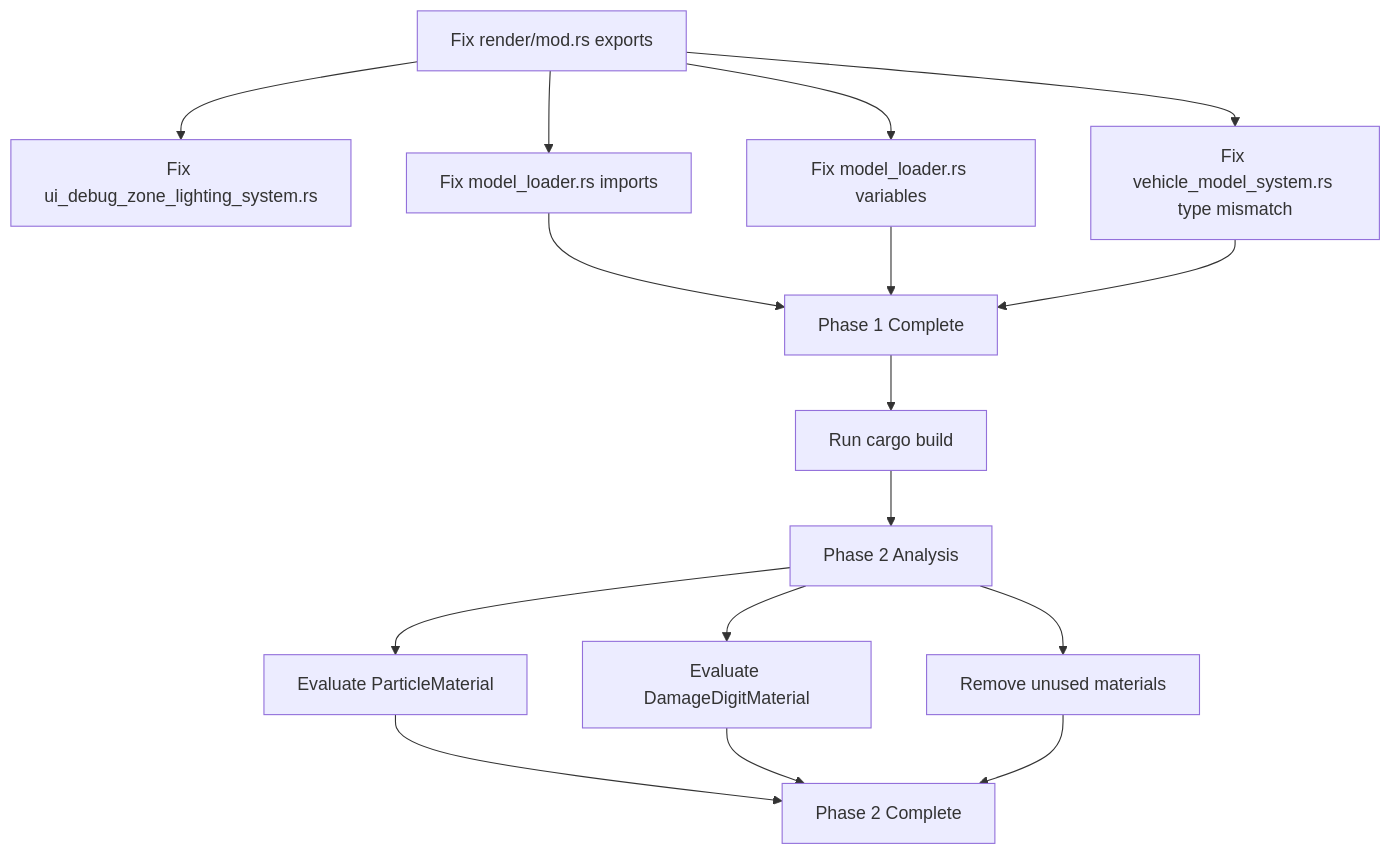
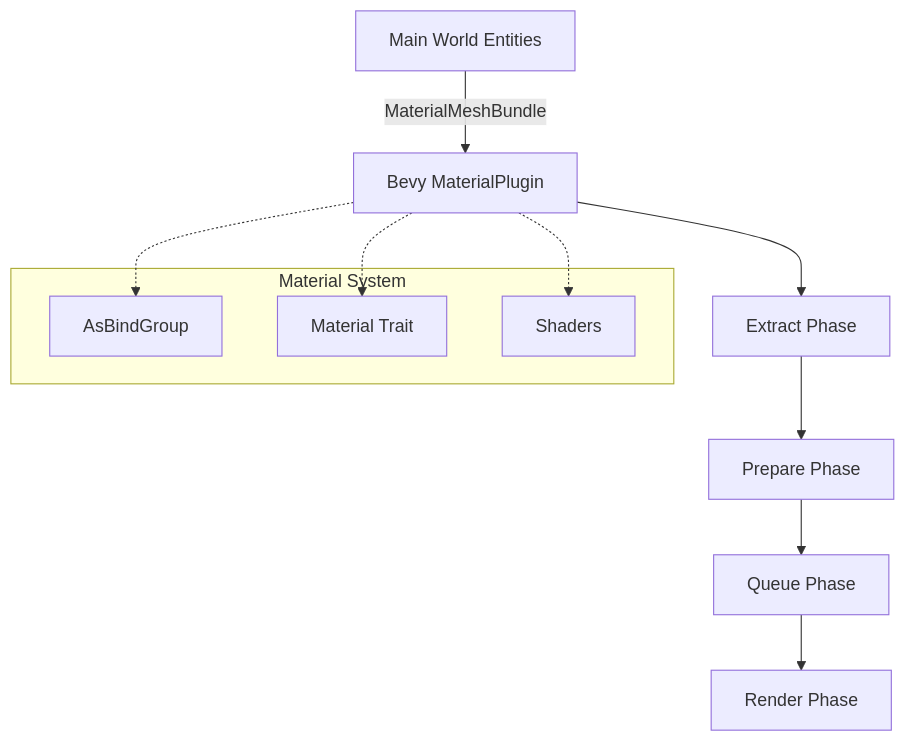
Before and after one commit to vektorprime/rose-offline-client: the diagram in plans/render-simplification-resolution-plan.md, drawn with Mermaid. The commit also changed other lines of this file and 52 other files, not shown here.

````diff
--- a/plans/render-simplification-resolution-plan.md
+++ b/plans/render-simplification-resolution-plan.md
@@ -359,18 +67,18 @@
 ```mermaid
 graph TD
-    A[Fix render/mod.rs exports] --> B[Fix ui_debug_zone_lighting_system.rs]
-    A --> C[Fix model_loader.rs imports]
-    A --> D[Fix model_loader.rs variables]
-    A --> E[Fix vehicle_model_system.rs type mismatch]
-    C --> F[Phase 1 Complete]
-    D --> F
-    E --> F
-    F --> G[Run cargo build]
-    G --> H[Phase 2 Analysis]
-    H --> I[Evaluate ParticleMaterial]
-    H --> J[Evaluate DamageDigitMaterial]
-    H --> K[Remove unused materials]
-    I --> L[Phase 2 Complete]
-    J --> L
-    K --> L
+    A[Main World Entities] -->|MaterialMeshBundle| B[Bevy MaterialPlugin]
+    B --> C[Extract Phase]
+    C --> D[Prepare Phase]
+    D --> E[Queue Phase]
+    E --> F[Render Phase]
+    
+    subgraph Material System
+        G[AsBindGroup]
+        H[Material Trait]
+        I[Shaders]
+    end
+    
+    B -.-> G
+    B -.-> H
+    B -.-> I
 ```
````
